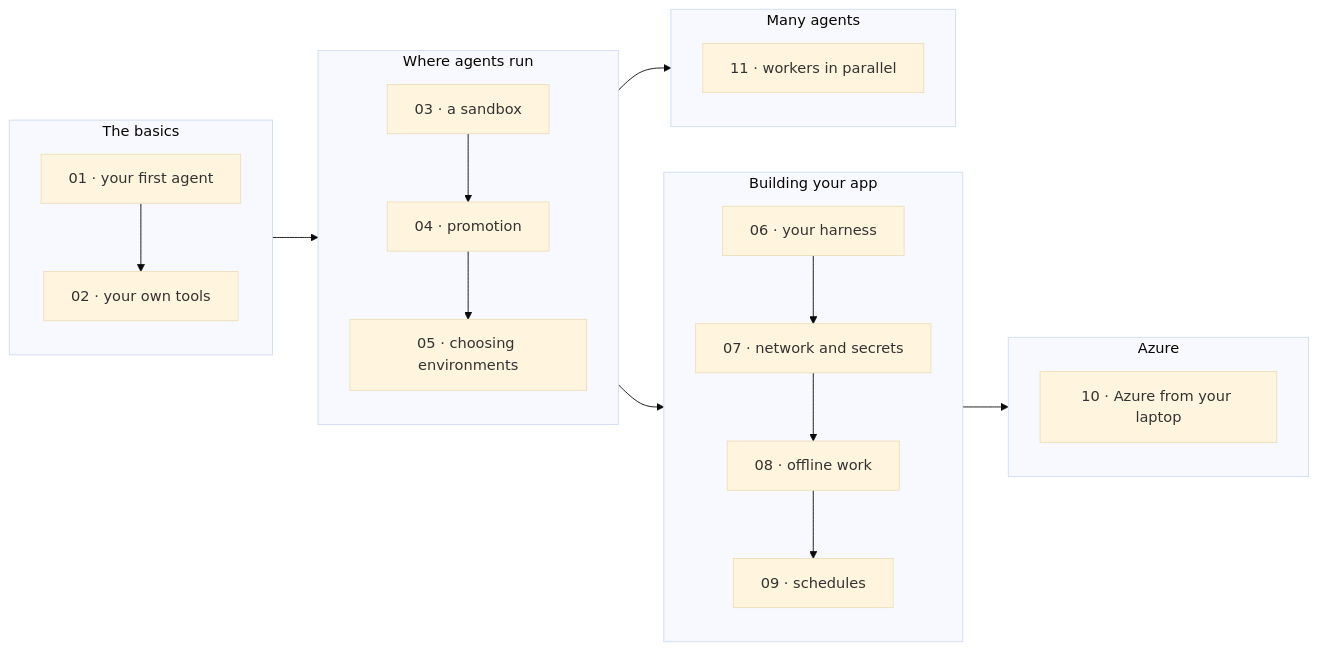
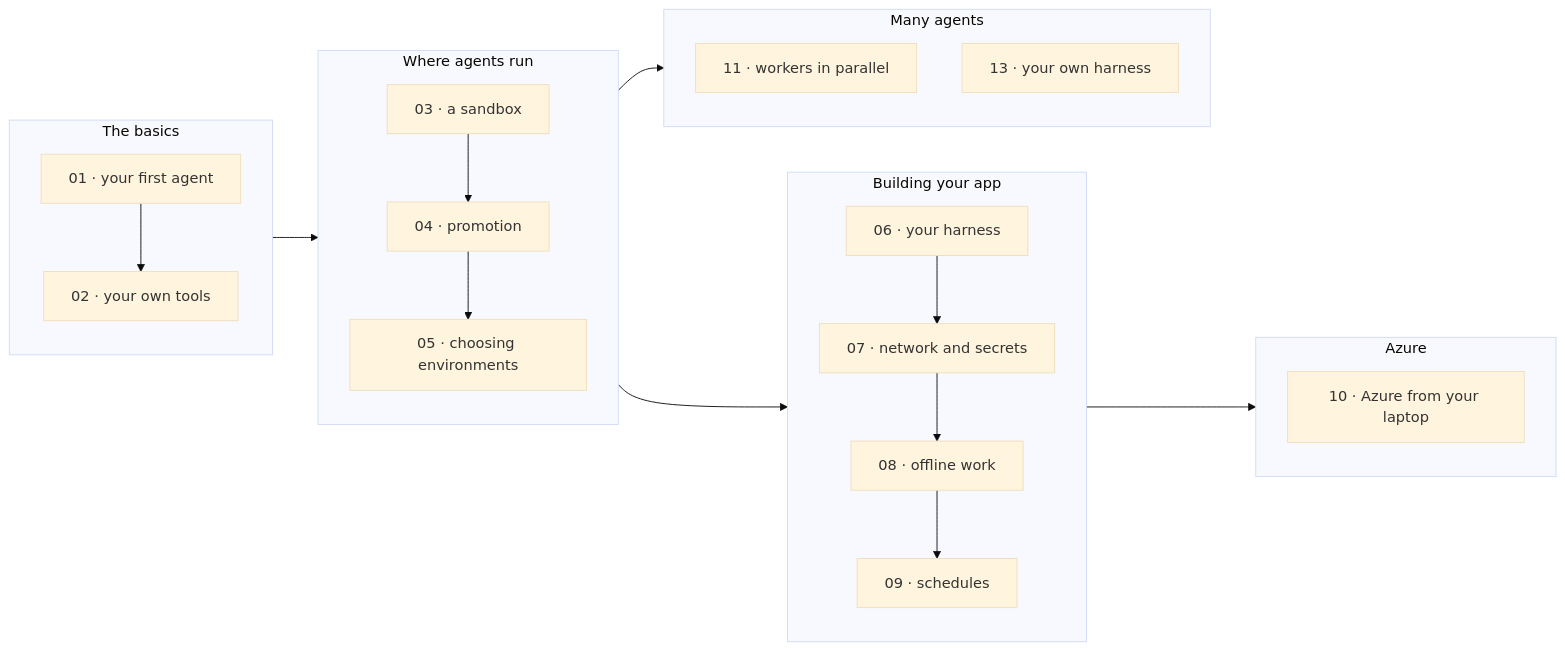
One commit to patniko/managed-copilot-sdk changed the diagram in samples/README.md. Above: the diagram before and after it, drawn with Mermaid (base theme). The commit also changed other lines of this file and 10 other files, not shown here.

````diff
--- a/samples/README.md
+++ b/samples/README.md
@@ -6,23 +6,24 @@
 ```mermaid
 flowchart LR
   subgraph Basics["The basics"]
     direction TB
     W1["01 · your first agent"] --> W2["02 · your own tools"]
   end
   subgraph Where["Where agents run"]
     direction TB
     W3["03 · a sandbox"] --> W4["04 · promotion"] --> W5["05 · choosing environments"]
   end
   subgraph Build["Building your app"]
     direction TB
     W6["06 · your harness"] --> W7["07 · network and secrets"] --> W8["08 · offline work"] --> W9["09 · schedules"]
   end
   subgraph Cloud["Azure"]
     W10["10 · Azure from your laptop"]
   end
   subgraph Many["Many agents"]
     W11["11 · workers in parallel"]
+    W13["13 · your own harness"]
   end
   Basics --> Where --> Build --> Cloud
   Where --> Many
 ```
````
